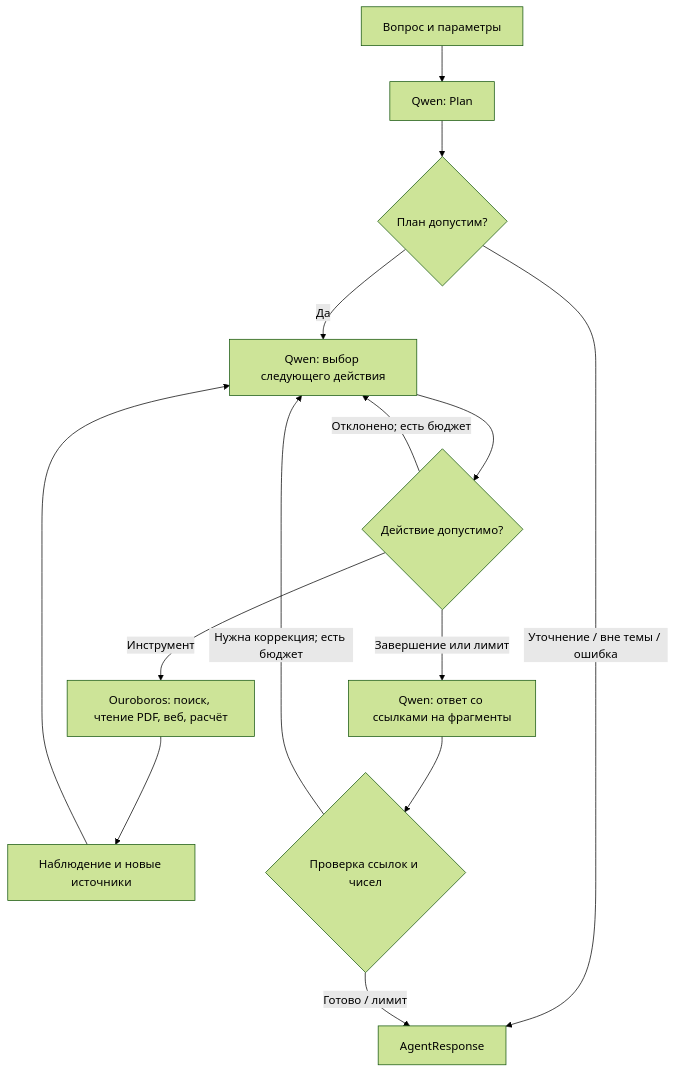
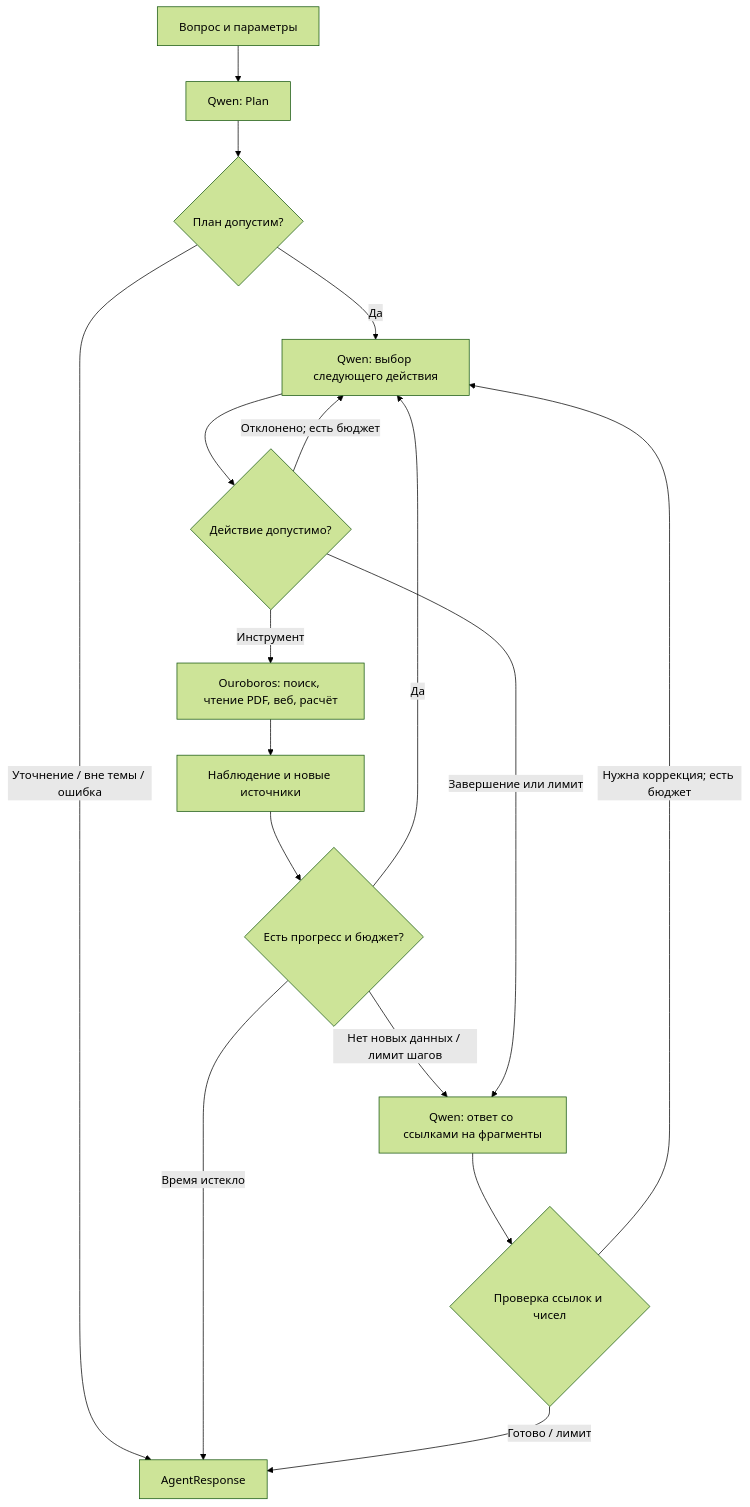
Before and after one commit to moomivee/ai_assistant: the diagram in docs/Architecture.md, drawn with Mermaid (forest theme). The commit also changed other lines of this file and 26 other files, not shown here.

````diff
--- a/docs/Architecture.md
+++ b/docs/Architecture.md
@@ -5,16 +5,19 @@
 ```mermaid
 flowchart TD
     A["Вопрос и параметры"] --> P["Qwen: Plan"]
     P --> V{"План допустим?"}
     V -->|"Уточнение / вне темы / ошибка"| F["AgentResponse"]
     V -->|"Да"| D["Qwen: выбор следующего действия"]
     D --> G{"Действие допустимо?"}
     G -->|"Инструмент"| T["Ouroboros: поиск, чтение PDF, веб, расчёт"]
     T --> O["Наблюдение и новые источники"]
-    O --> D
+    O --> B{"Есть прогресс и бюджет?"}
+    B -->|"Да"| D
+    B -->|"Нет новых данных / лимит шагов"| C
+    B -->|"Время истекло"| F
     G -->|"Отклонено; есть бюджет"| D
     G -->|"Завершение или лимит"| C["Qwen: ответ со ссылками на фрагменты"]
     C --> R{"Проверка ссылок и чисел"}
     R -->|"Нужна коррекция; есть бюджет"| D
     R -->|"Готово / лимит"| F
 ```
````
